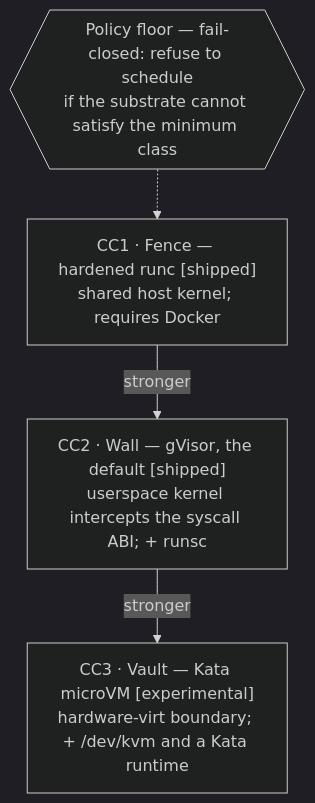
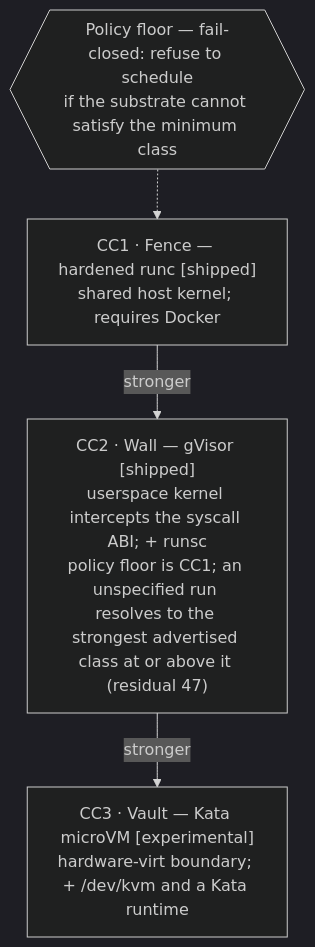
One commit to cjohnstoniv/wardyn changed the second of 3 diagrams in threatmodel/THREAT-MODEL.md. Above: the diagram before and after it, drawn with Mermaid (dark theme). The commit also changed other lines of this file and 10 other files, not shown here.

Commit message:
docs: describe the continuous image lane, generated recipes, CC floor and release pathspec as shipped (#1498 #1499 #1500 #1501)

````diff
--- a/threatmodel/THREAT-MODEL.md
+++ b/threatmodel/THREAT-MODEL.md
@@ -3402,9 +3407,9 @@
 ```mermaid
 flowchart TB
   CC1["CC1 · Fence — hardened runc [shipped]<br/>shared host kernel; requires Docker"]
-  CC2["CC2 · Wall — gVisor, the default [shipped]<br/>userspace kernel intercepts the syscall ABI; + runsc"]
+  CC2["CC2 · Wall — gVisor [shipped]<br/>userspace kernel intercepts the syscall ABI; + runsc<br/>policy floor is CC1; an unspecified run resolves to the strongest advertised class at or above it (residual 47)"]
   CC3["CC3 · Vault — Kata microVM [experimental]<br/>hardware-virt boundary; + /dev/kvm and a Kata runtime"]
   policy{{"Policy floor — fail-closed: refuse to schedule<br/>if the substrate cannot satisfy the minimum class"}}
   CC1 -->|"stronger"| CC2 -->|"stronger"| CC3
   policy -.-> CC1
 ```
````
